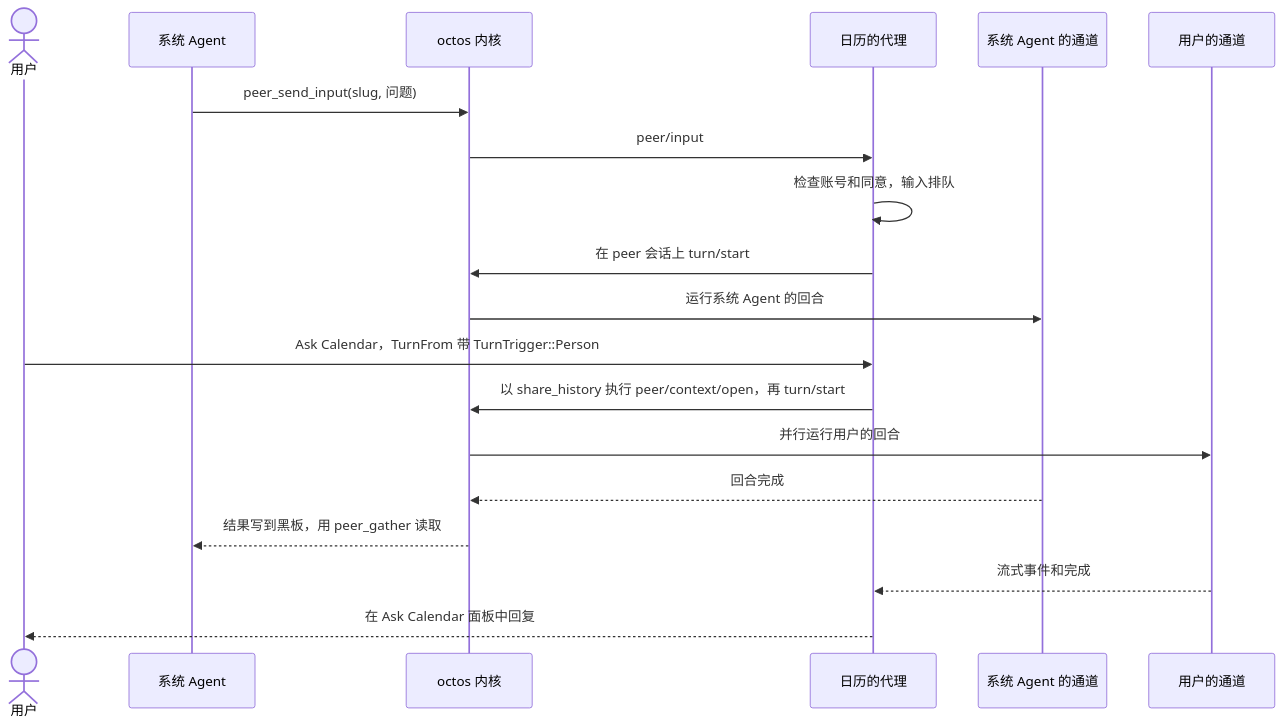
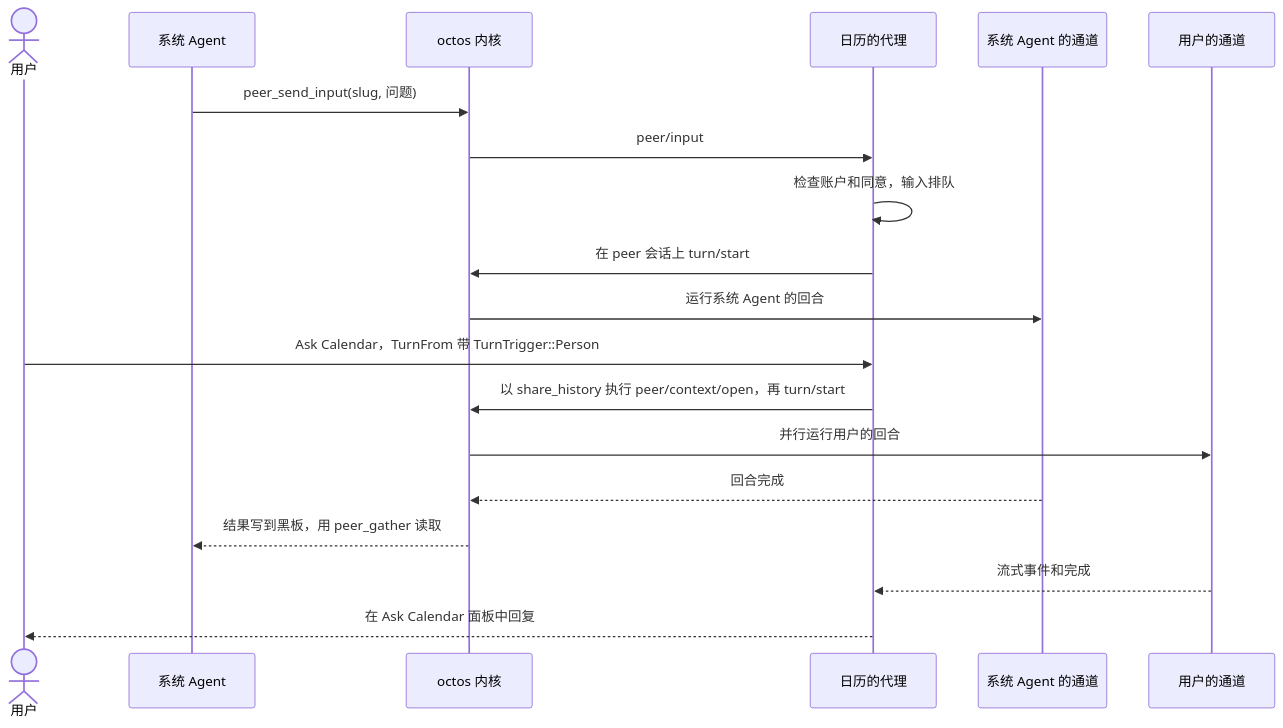
One commit to OctoSense-org/OctoSense changed the first of 2 diagrams in docs/architecture-walkthrough.zh-CN.md. Above: the diagram before and after it, drawn with Mermaid. The commit also changed other lines of this file and 7 other files, not shown here.

````diff
--- a/docs/architecture-walkthrough.zh-CN.md
+++ b/docs/architecture-walkthrough.zh-CN.md
@@ -84,21 +84,21 @@
 ```mermaid
 sequenceDiagram
     actor P as 用户
     participant S as 系统 Agent
     participant K as octos 内核
     participant B as 日历的代理
     participant L1 as 系统 Agent 的通道
     participant L2 as 用户的通道
     S->>K: peer_send_input(slug, 问题)
     K->>B: peer/input
-    B->>B: 检查账号和同意，输入排队
+    B->>B: 检查账户和同意，输入排队
     B->>K: 在 peer 会话上 turn/start
     K->>L1: 运行系统 Agent 的回合
     P->>B: Ask Calendar，TurnFrom 带 TurnTrigger::Person
     B->>K: 以 share_history 执行 peer/context/open，再 turn/start
     K->>L2: 并行运行用户的回合
     L1-->>K: 回合完成
     K-->>S: 结果写到黑板，用 peer_gather 读取
     L2-->>B: 流式事件和完成
     B-->>P: 在 Ask Calendar 面板中回复
 ```
````
